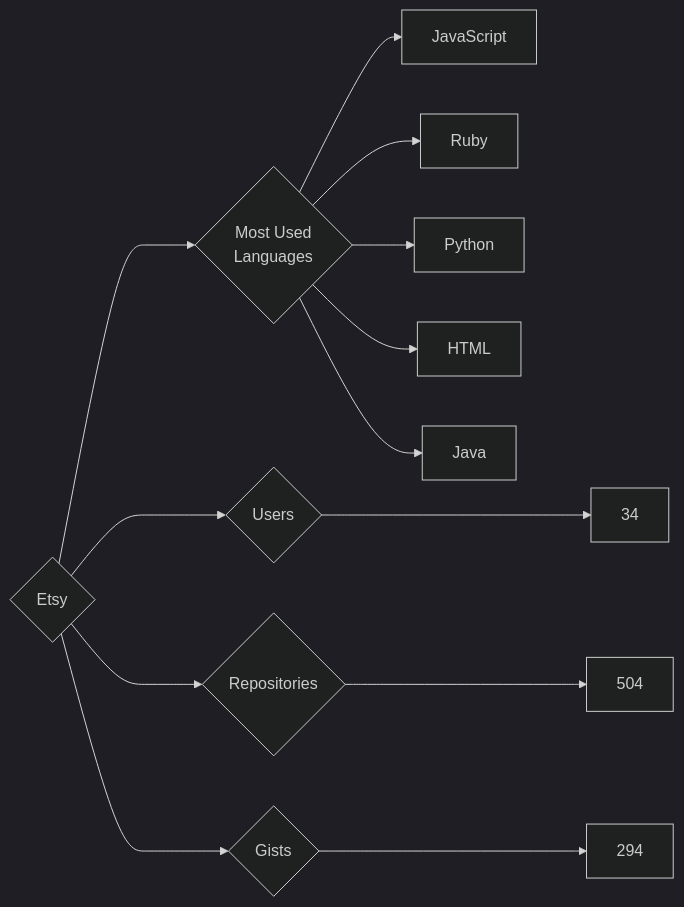
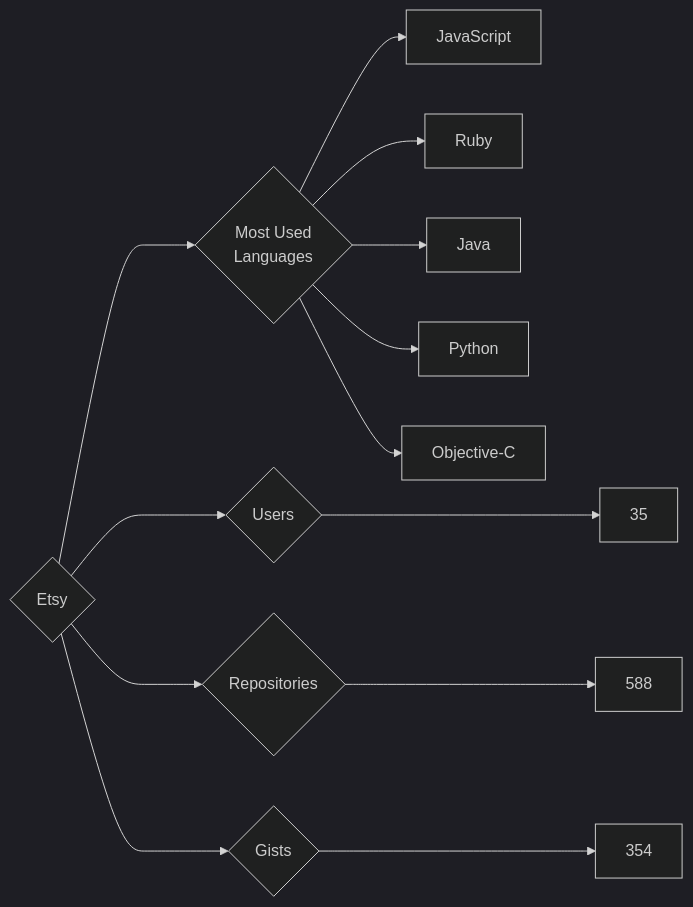
Before and after one commit to trickest/insiders: the diagram in targets/Etsy/README.md, drawn with Mermaid (dark theme). The commit also changed 614 other files, not shown here.

````diff
--- a/targets/Etsy/README.md
+++ b/targets/Etsy/README.md
@@ -3,13 +3,13 @@
 ```mermaid
 graph LR
 COMPANY_NAME{Etsy}
-COMPANY_NAME ---> U{Users} ---> UN[34]
-COMPANY_NAME ---> R{Repositories} ---> RN[504]
-COMPANY_NAME ---> G{Gists} ---> GN[294]
+COMPANY_NAME ---> U{Users} ---> UN[35]
+COMPANY_NAME ---> R{Repositories} ---> RN[588]
+COMPANY_NAME ---> G{Gists} ---> GN[354]
 COMPANY_NAME ---> ML{Most Used<br>Languages}
 ML --> JavaScript[JavaScript]
 ML --> Ruby[Ruby]
+ML --> Java[Java]
 ML --> Python[Python]
-ML --> HTML[HTML]
-ML --> Java[Java]
+ML --> Objective-C[Objective-C]
 ```
````
